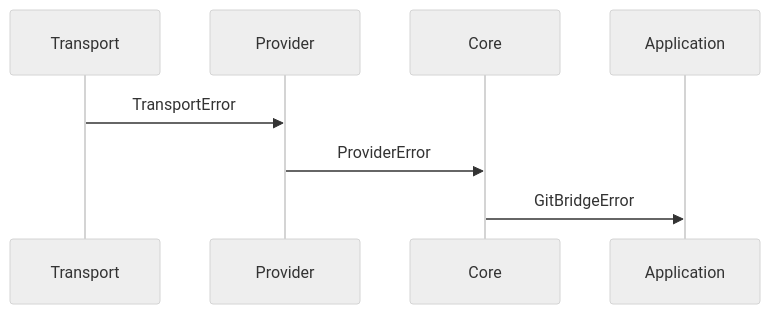
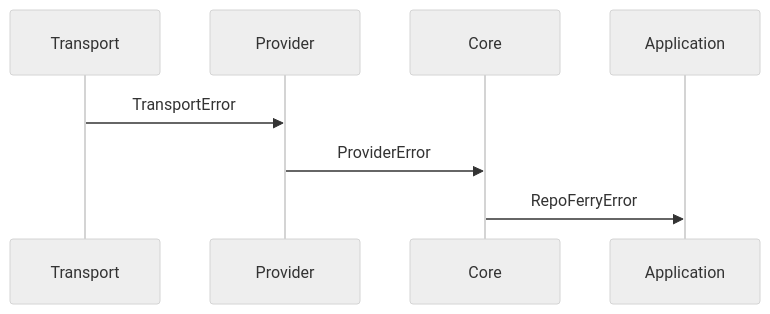
The third of 8 diagrams in docs/architecture/adr/ADR-008.md (mriduldey/git-bridge), drawn with Mermaid (neutral theme) before and after one commit. The commit also changed other lines of this file and 119 other files, not shown here.

````diff
--- a/docs/architecture/adr/ADR-008.md
+++ b/docs/architecture/adr/ADR-008.md
@@ -776,9 +776,9 @@
 ```mermaid
 sequenceDiagram
 
 Transport->>Provider: TransportError
 
 Provider->>Core: ProviderError
 
-Core->>Application: GitBridgeError
+Core->>Application: RepoFerryError
 ```
````
